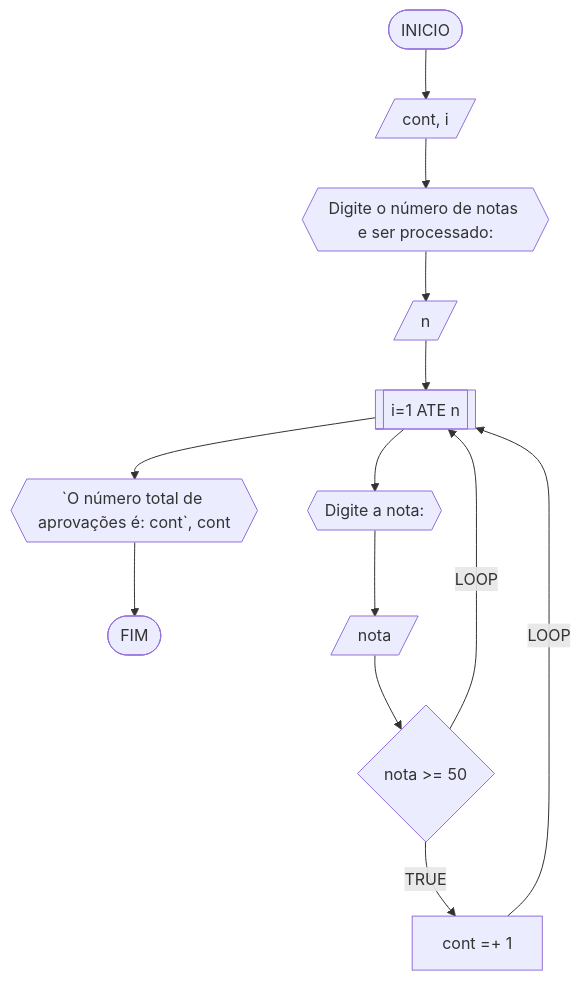
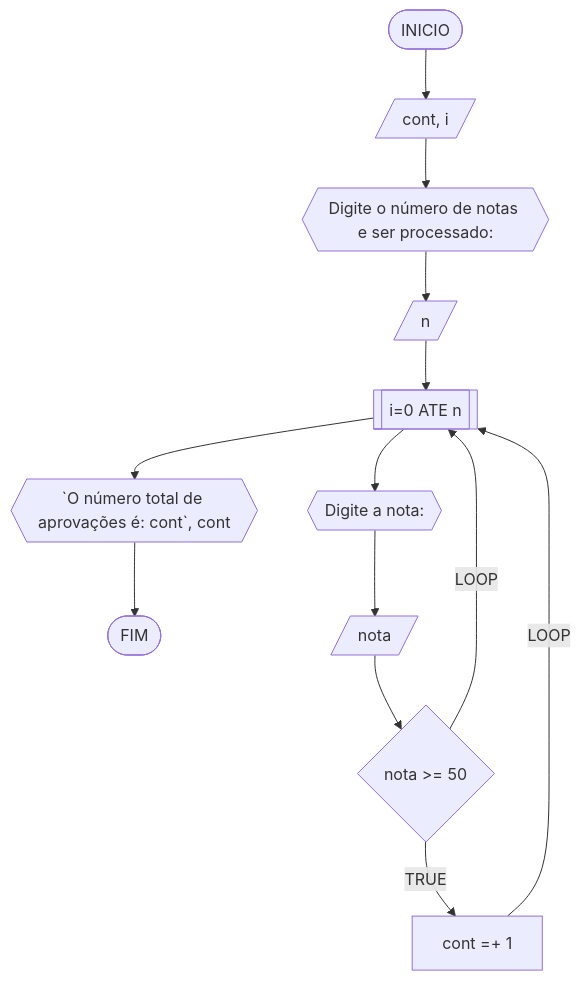
Before and after one commit to AlissonFT2/unifor: the second of 7 diagrams in RLA/unidade1/AD1.md, drawn with Mermaid. The commit also changed other lines of this file, not shown here.

````diff
--- a/RLA/unidade1/AD1.md
+++ b/RLA/unidade1/AD1.md
@@ -94,15 +94,15 @@
 ```mermaid
 flowchart TD
 A([INICIO]) --> B[/cont, i/]
 B --> C{{Digite o número de notas e ser processado: }}
 C --> D[/n/]
-D --> E[[i=1 ATE n]]
+D --> E[[i=0 ATE n]]
 E --> J{{`O número total de aprovações é: cont`, cont}}
 J --> K([FIM])
 E --> F{{Digite a nota: }}
 F --> G[/nota/]
 G --> H{nota >= 50}
 H --TRUE--> I[cont =+ 1]
 H --LOOP--> E
 I --LOOP--> E
 ```
````
